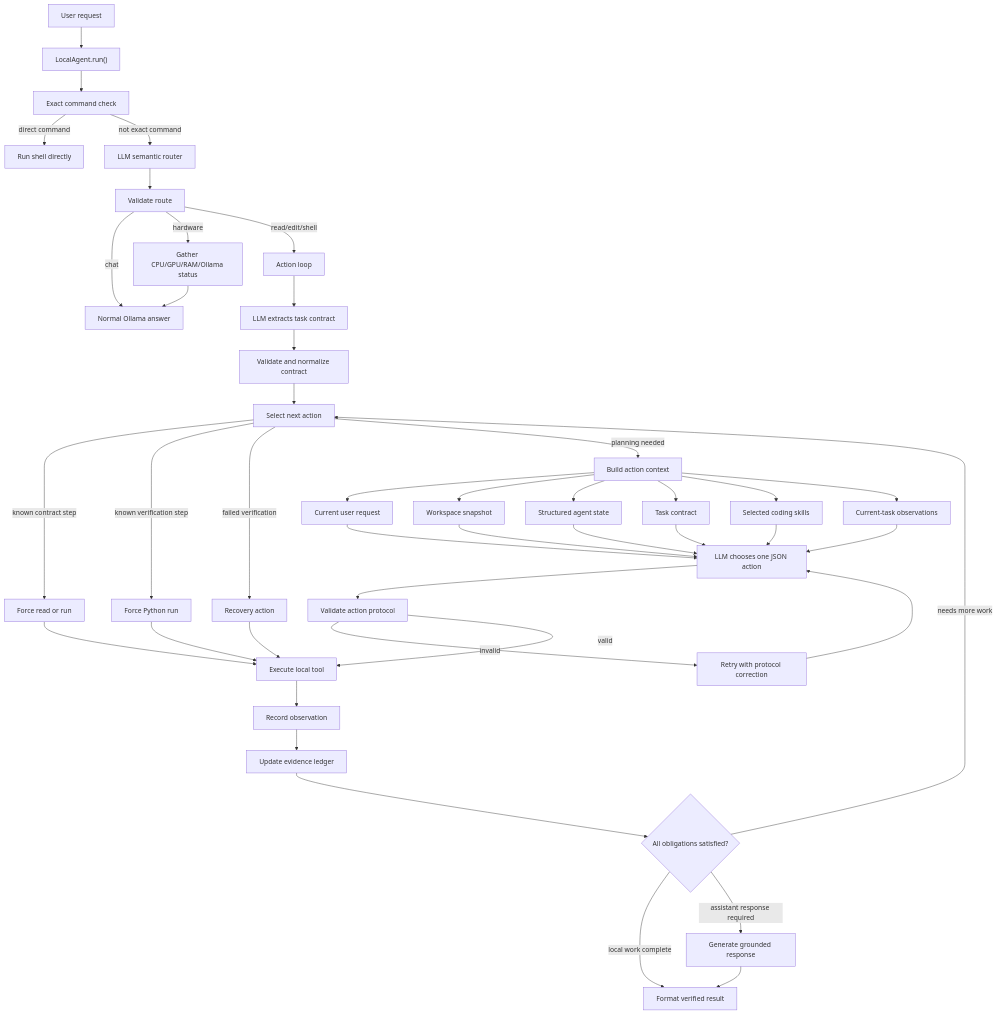
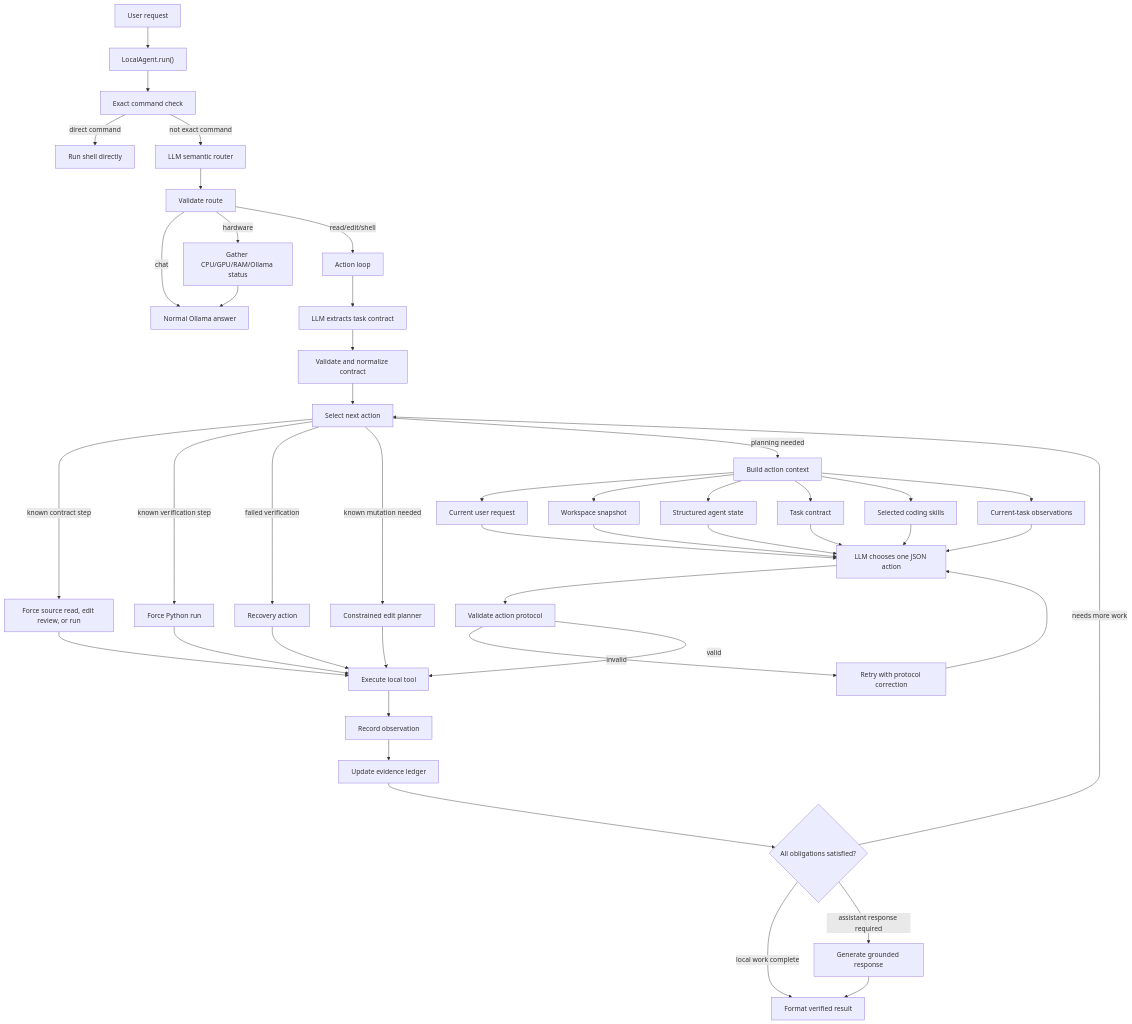
One commit to Linbooooo/LocalAgenticAI changed the diagram in docs/architecture.md. Above: the diagram before and after it, drawn with Mermaid. The commit also changed other lines of this file and 11 other files, not shown here.

````diff
--- a/docs/architecture.md
+++ b/docs/architecture.md
@@ -5,55 +5,57 @@
 ```mermaid
 flowchart TD
     A["User request"] --> B["LocalAgent.run()"]
 
     B --> C["Exact command check"]
     C -->|direct command| D["Run shell directly"]
     C -->|not exact command| E["LLM semantic router"]
 
     E --> F["Validate route"]
     F -->|chat| G["Normal Ollama answer"]
     F -->|hardware| H["Gather CPU/GPU/RAM/Ollama status"]
     F -->|read/edit/shell| I["Action loop"]
 
     H --> G
 
     I --> J["LLM extracts task contract"]
     J --> K["Validate and normalize contract"]
     K --> L["Select next action"]
 
-    L -->|known contract step| M["Force read or run"]
+    L -->|known contract step| M["Force source read, edit review, or run"]
     L -->|known verification step| N["Force Python run"]
     L -->|failed verification| O["Recovery action"]
+    L -->|known mutation needed| O2["Constrained edit planner"]
     L -->|planning needed| P["Build action context"]
 
     P --> Q["Current user request"]
     P --> R["Workspace snapshot"]
     P --> S["Structured agent state"]
     P --> T["Task contract"]
     P --> U["Selected coding skills"]
     P --> V["Current-task observations"]
 
     Q --> W["LLM chooses one JSON action"]
     R --> W
     S --> W
     T --> W
     U --> W
     V --> W
 
     W --> X["Validate action protocol"]
     X -->|invalid| Y["Retry with protocol correction"]
     Y --> W
 
     M --> Z["Execute local tool"]
     N --> Z
     O --> Z
+    O2 --> Z
     X -->|valid| Z
     Z --> AA["Record observation"]
     AA --> AB["Update evidence ledger"]
 
     AB --> AC{"All obligations satisfied?"}
     AC -->|needs more work| L
     AC -->|local work complete| AD["Format verified result"]
     AC -->|assistant response required| AE["Generate grounded response"]
     AE --> AD
 ```
````
